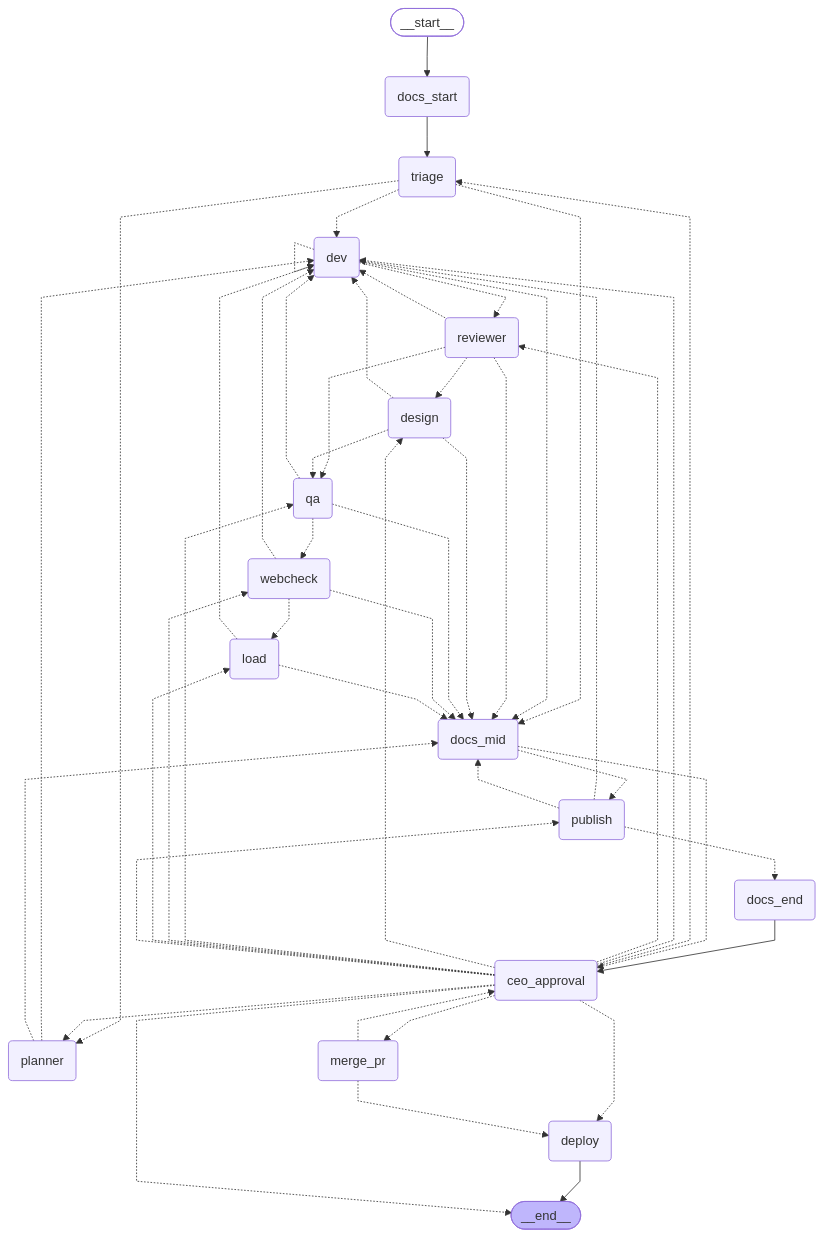
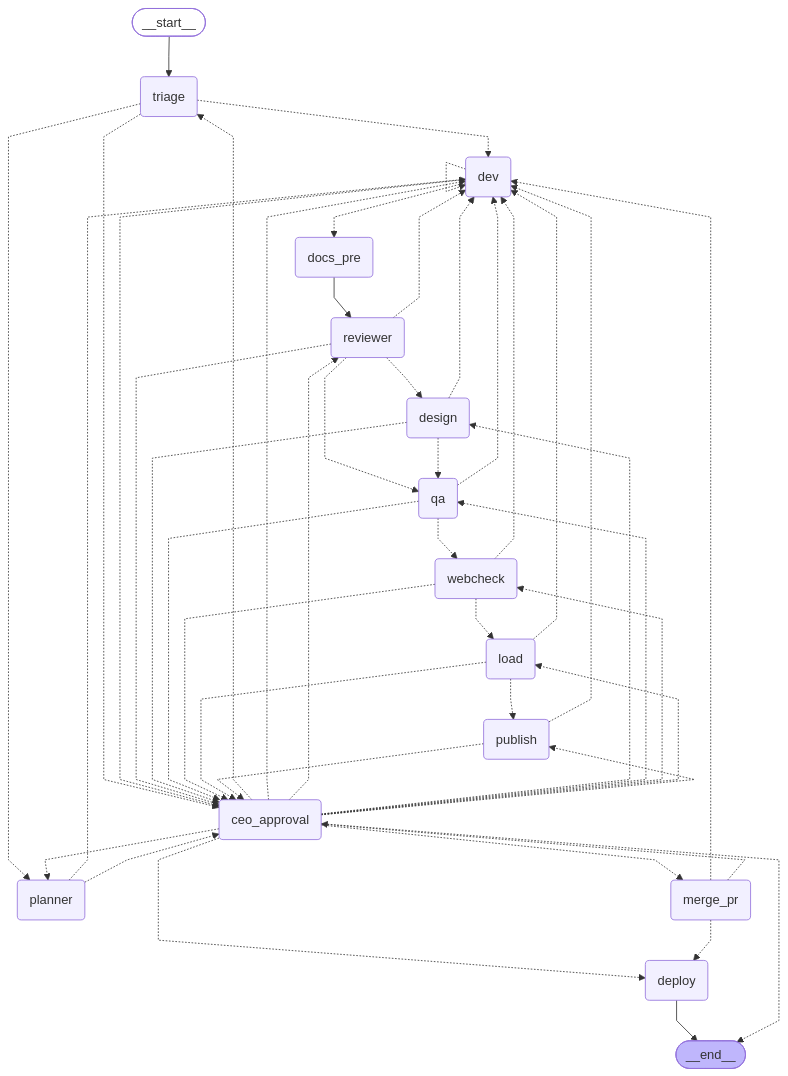
One commit to venturelli-91/agent-softhouse-orchestrator changed the diagram in orchestrator/docs/11-reference.md. Above: the diagram before and after it, drawn with Mermaid. The commit also changed other lines of this file and 9 other files, not shown here.

````diff
--- a/orchestrator/docs/11-reference.md
+++ b/orchestrator/docs/11-reference.md
@@ -88,70 +87,66 @@
 ```mermaid
 %%{init: {'flowchart': {'curve': 'linear'}}}%%
 graph TD;
 	__start__([<p>__start__</p>]):::first
 	triage(triage)
 	planner(planner)
 	dev(dev)
+	docs_pre(docs_pre)
 	reviewer(reviewer)
 	design(design)
 	qa(qa)
 	webcheck(webcheck)
 	load(load)
 	publish(publish)
 	ceo_approval(ceo_approval)
 	merge_pr(merge_pr)
 	deploy(deploy)
-	docs_start(docs_start)
-	docs_mid(docs_mid)
-	docs_end(docs_end)
 	__end__([<p>__end__</p>]):::last
-	__start__ --> docs_start;
+	__start__ --> triage;
+	docs_pre --> reviewer;
 	deploy --> __end__;
-	docs_end --> ceo_approval;
-	docs_start --> triage;
 	triage -.-> dev;
 	triage -.-> planner;
-	triage -.-> docs_mid;
+	triage -.-> ceo_approval;
 	planner -.-> dev;
-	planner -.-> docs_mid;
-	dev -.-> reviewer;
-	dev -.-> docs_mid;
+	planner -.-> ceo_approval;
+	dev -.-> docs_pre;
+	dev -.-> dev;
+	dev -.-> ceo_approval;
 	reviewer -.-> design;
 	reviewer -.-> qa;
 	reviewer -.-> dev;
-	reviewer -.-> docs_mid;
+	reviewer -.-> ceo_approval;
 	design -.-> qa;
 	design -.-> dev;
-	design -.-> docs_mid;
+	design -.-> ceo_approval;
 	qa -.-> webcheck;
 	qa -.-> dev;
-	qa -.-> docs_mid;
+	qa -.-> ceo_approval;
 	webcheck -.-> load;
-	webcheck -.-> docs_mid;
 	webcheck -.-> dev;
-	load -.-> docs_mid;
+	webcheck -.-> ceo_approval;
+	load -.-> publish;
 	load -.-> dev;
-	publish -.-> docs_end;
+	load -.-> ceo_approval;
+	publish -.-> ceo_approval;
 	publish -.-> dev;
-	publish -.-> docs_mid;
-	docs_mid -.-> publish;
-	docs_mid -.-> ceo_approval;
 	ceo_approval -.-> triage;
 	ceo_approval -.-> planner;
 	ceo_approval -.-> dev;
 	ceo_approval -.-> reviewer;
 	ceo_approval -.-> design;
 	ceo_approval -.-> qa;
 	ceo_approval -.-> webcheck;
 	ceo_approval -.-> load;
 	ceo_approval -.-> publish;
 	ceo_approval -.-> deploy;
 	ceo_approval -.-> merge_pr;
 	ceo_approval -.-> __end__;
 	merge_pr -.-> deploy;
+	merge_pr -.-> dev;
 	merge_pr -.-> ceo_approval;
-	dev -.-> dev;
 	classDef default fill:#f2f0ff,line-height:1.2;
 	classDef first fill-opacity:0;
 	classDef last fill:#bfb6fc;
 ```
````
